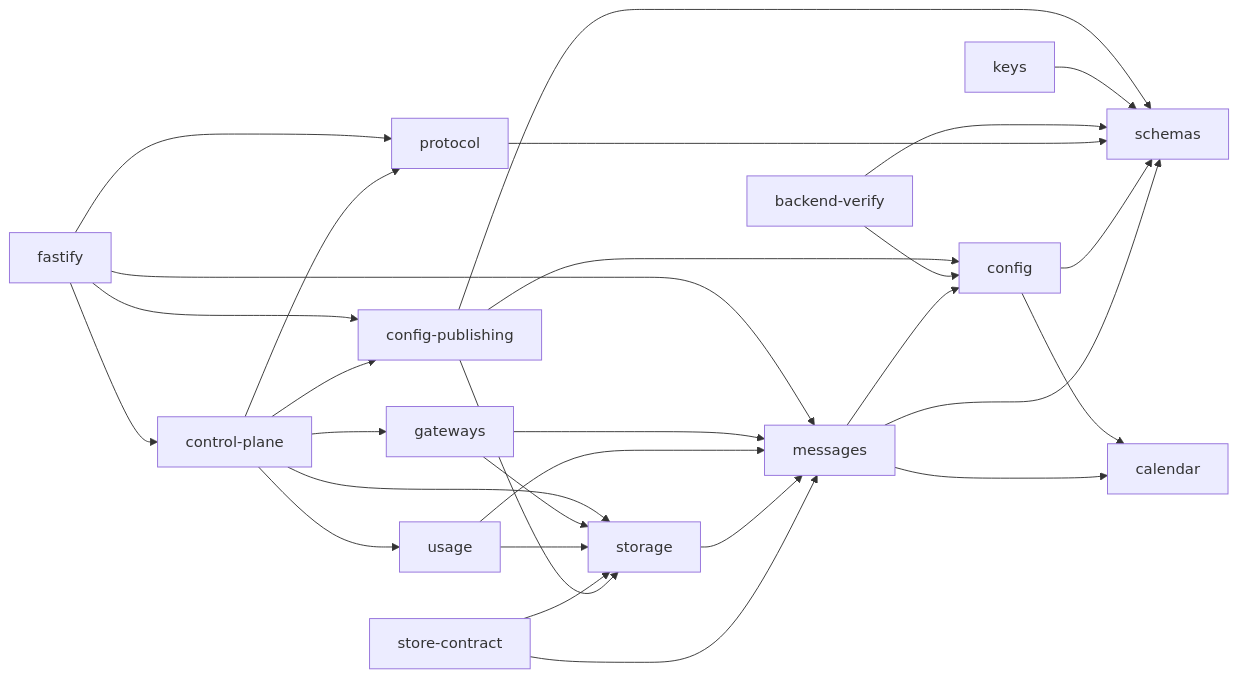
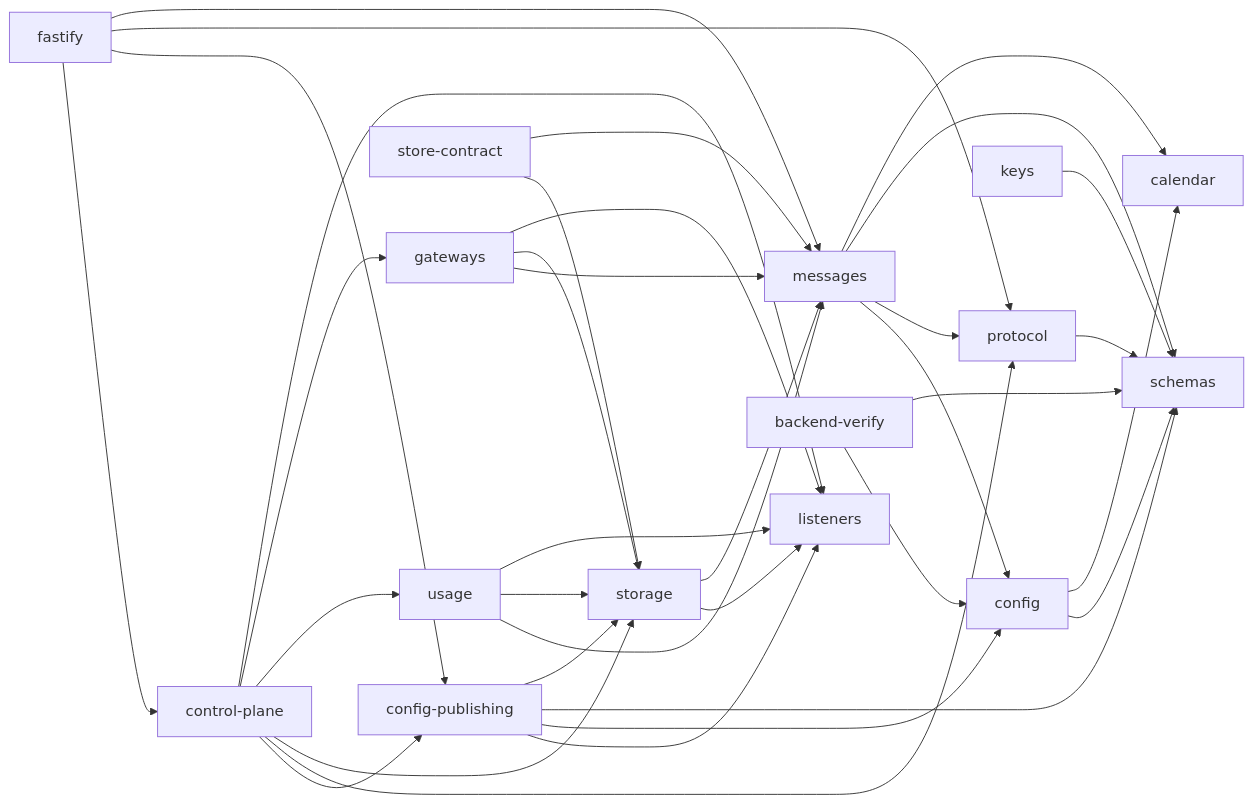
The second of 3 diagrams in docs/ARCHITECTURE.md (acdtrx/kaiak), drawn with Mermaid before and after one commit. The commit also changed other lines of this file and 29 other files, not shown here.

````diff
--- a/docs/ARCHITECTURE.md
+++ b/docs/ARCHITECTURE.md
@@ -379,31 +386,37 @@
 ```mermaid
 flowchart LR
     fastify --> cp
     fastify --> cpub
     fastify --> protocol
     fastify --> messages
     cp[control-plane] --> cpub[config-publishing]
     cp --> protocol
     cp --> storage
     cp --> usage
     cp --> gateways
+    cp --> listeners
     gateways --> messages
     gateways --> storage
     usage --> messages
     usage --> storage
+    usage --> listeners
+    gateways --> listeners
+    cpub --> listeners
+    storage --> listeners
     storage --> messages
     sc[store-contract] --> storage
     sc --> messages
     cpub --> config
     cpub --> schemas
     cpub --> storage
     keys --> schemas
     bv[backend-verify] --> config
     bv --> schemas
     protocol --> schemas
     config --> schemas
     config --> calendar
     messages --> config
+    messages --> protocol
     messages --> schemas
     messages --> calendar
 ```
````
